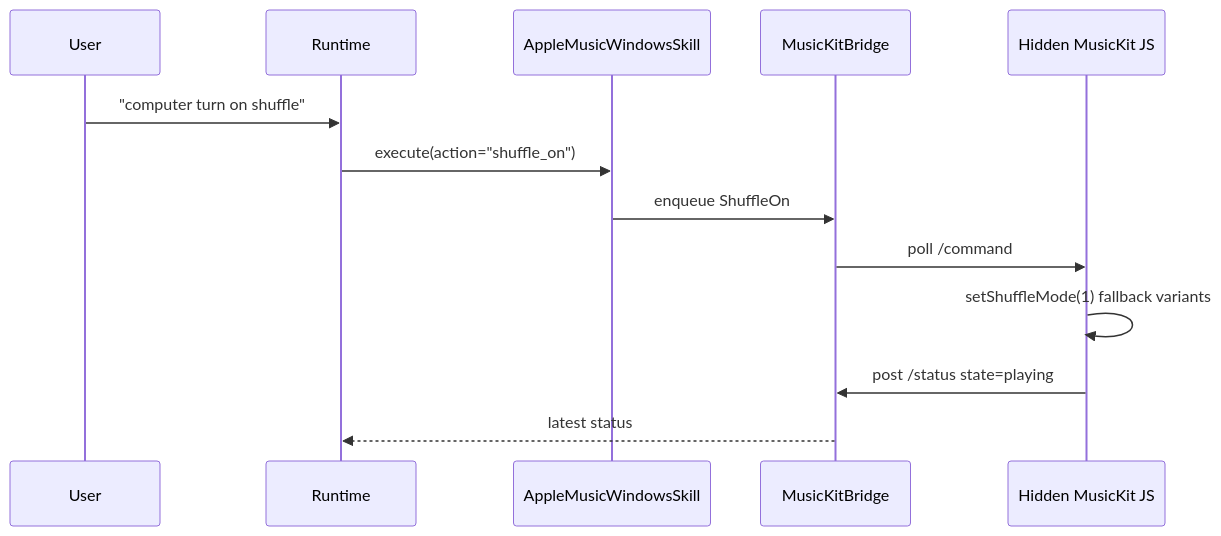
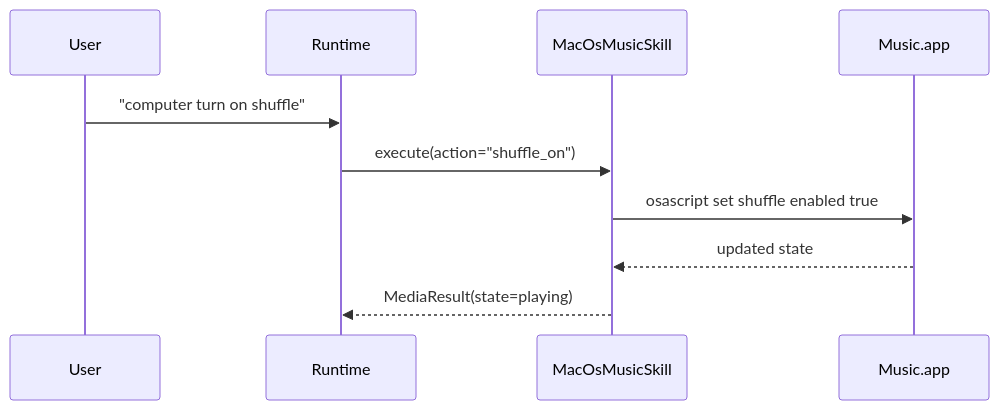
Before and after one commit to AncientiCe/aice: diagram 12 of 16 in docs/architecture/README.md, drawn with Mermaid. The commit also changed other lines of this file and 20 other files, not shown here.

````diff
--- a/docs/architecture/README.md
+++ b/docs/architecture/README.md
@@ -319,15 +314,12 @@
 ```mermaid
 sequenceDiagram
     participant User
     participant Runtime
-    participant Skill as AppleMusicWindowsSkill
-    participant Bridge as MusicKitBridge
-    participant Player as Hidden MusicKit JS
+    participant Skill as MacOsMusicSkill
+    participant Music as Music.app
     User->>Runtime: "computer turn on shuffle"
     Runtime->>Skill: execute(action="shuffle_on")
-    Skill->>Bridge: enqueue ShuffleOn
-    Bridge->>Player: poll /command
-    Player->>Player: setShuffleMode(1) fallback variants
-    Player->>Bridge: post /status state=playing
-    Bridge-->>Runtime: latest status
+    Skill->>Music: osascript set shuffle enabled true
+    Music-->>Skill: updated state
+    Skill-->>Runtime: MediaResult(state=playing)
 ```
````
